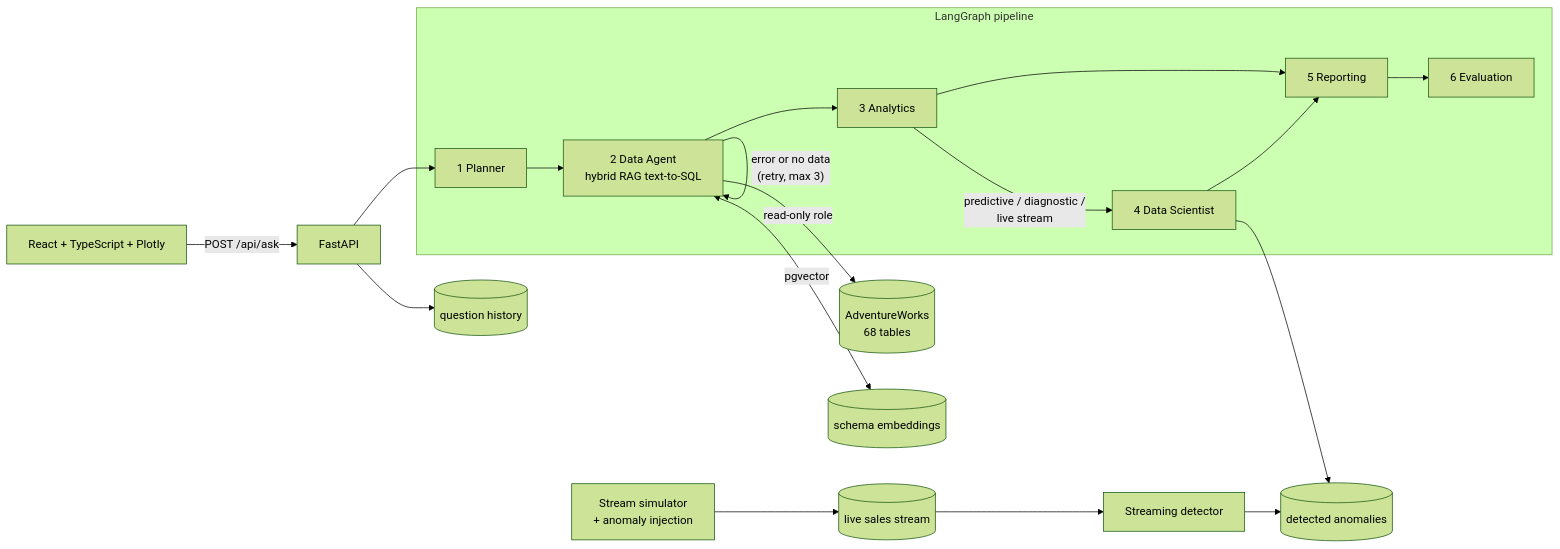
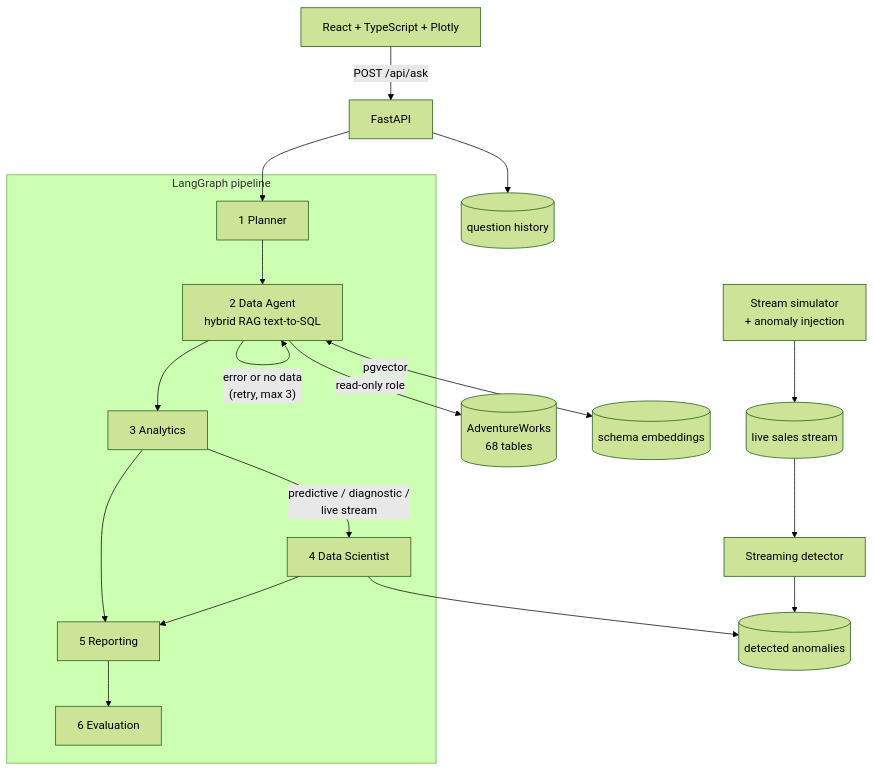
Before and after one commit to soniya-apte/enterprise-analytics-copilot: the diagram in README.md, drawn with Mermaid (forest theme).

Commit message:
README: vertical architecture diagram for readability

````diff
--- a/README.md
+++ b/README.md
@@ -24,22 +24,22 @@
 ```mermaid
-flowchart LR
+flowchart TB
     UI["React + TypeScript + Plotly"] -->|"POST /api/ask"| API["FastAPI"]
     API --> P
 
     subgraph Pipeline["LangGraph pipeline"]
         P["1 Planner"] --> D["2 Data Agent<br/>hybrid RAG text-to-SQL"]
         D -->|"error or no data<br/>(retry, max 3)"| D
         D --> A["3 Analytics"]
         A -->|"predictive / diagnostic /<br/>live stream"| S["4 Data Scientist"]
         A --> R["5 Reporting"]
         S --> R
         R --> E["6 Evaluation"]
     end
 
     D -->|"read-only role"| AW[("AdventureWorks<br/>68 tables")]
     D <-->|"pgvector"| V[("schema embeddings")]
     SIM["Stream simulator<br/>+ anomaly injection"] --> ST[("live sales stream")]
     ST --> DET["Streaming detector"] --> FL[("detected anomalies")]
     S --> FL
     API --> H[("question history")]
 ```
````
